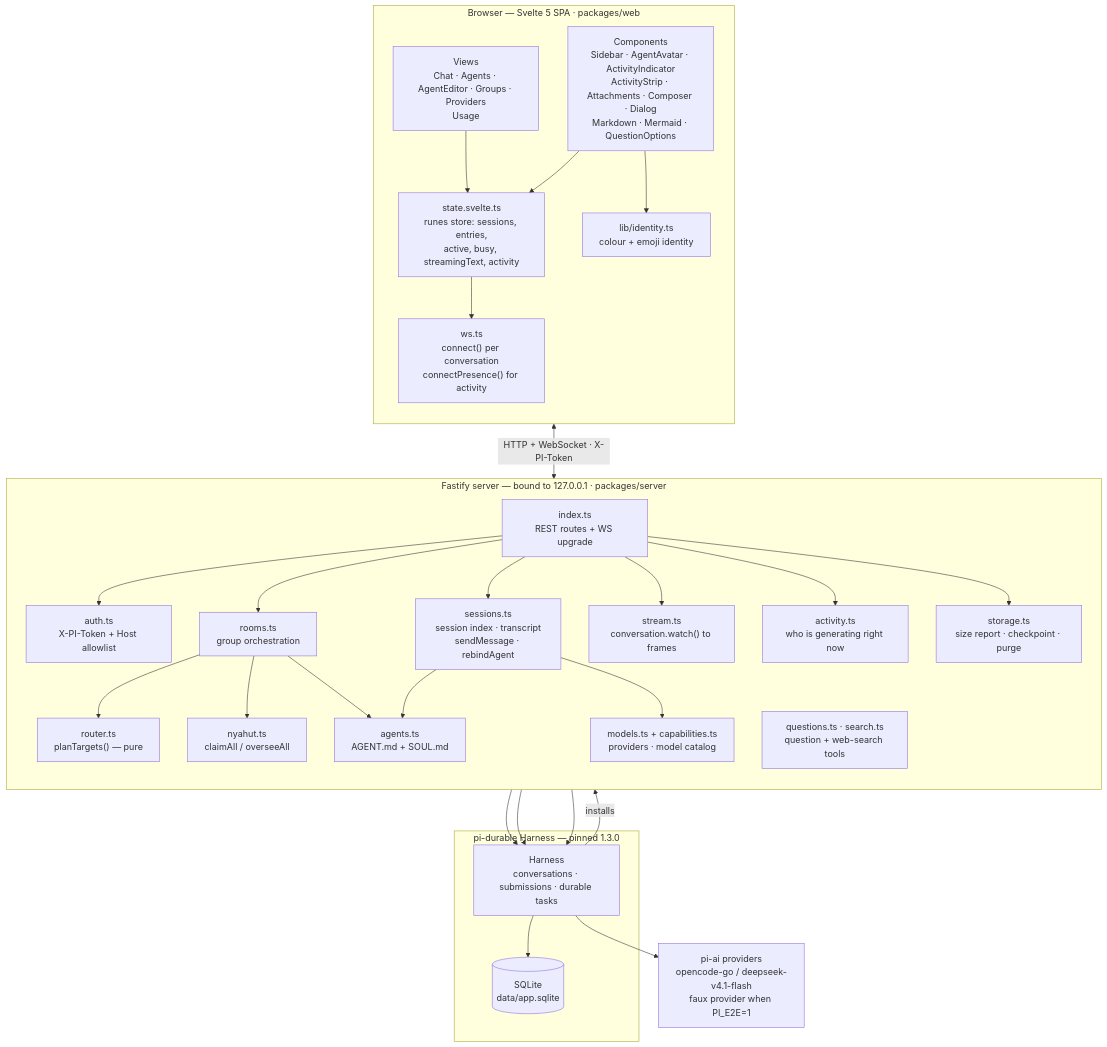
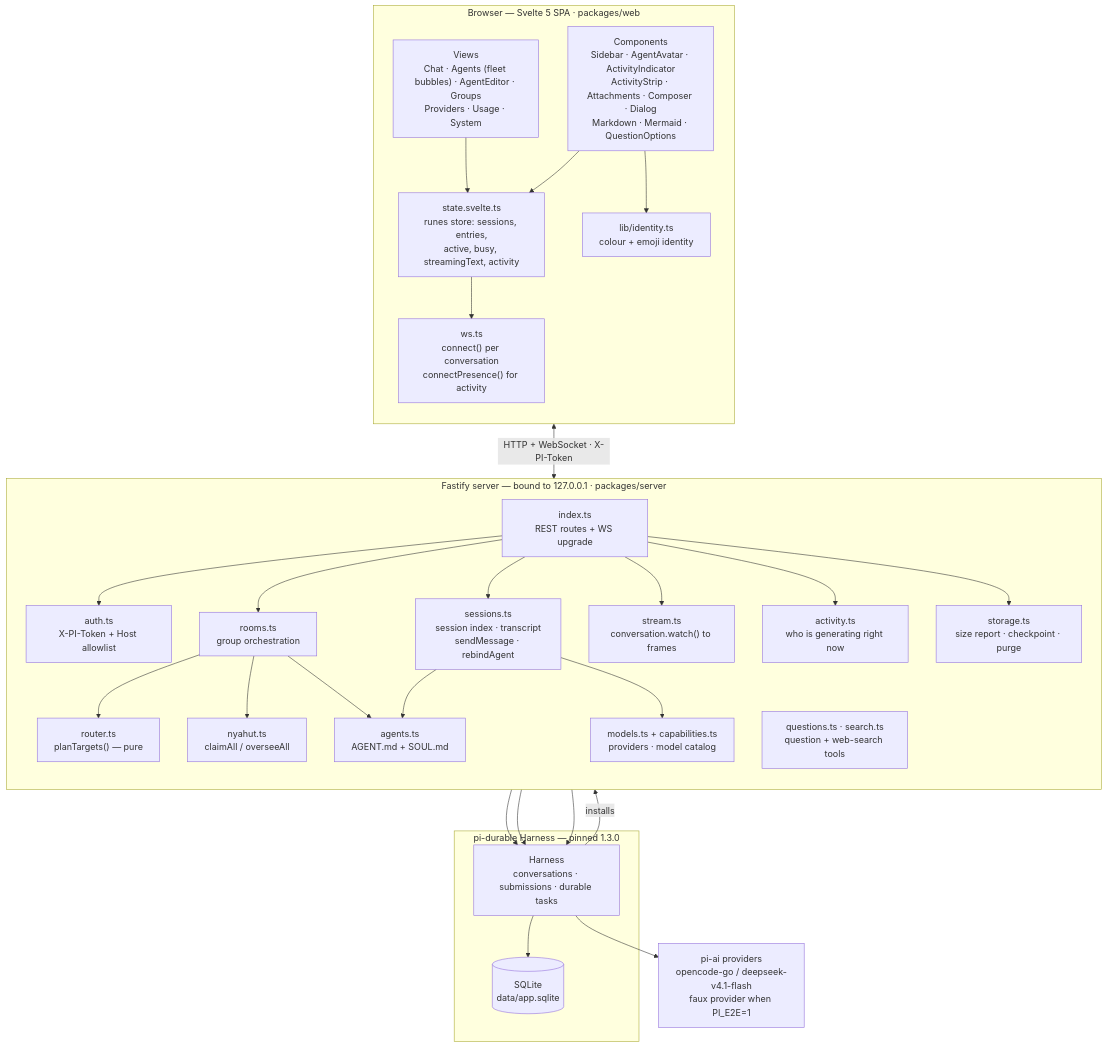
The first of 6 diagrams in README.md (mariobgsp/durable-agents), drawn with Mermaid before and after one commit. The commit also changed other lines of this file and 39 other files, not shown here.

````diff
--- a/README.md
+++ b/README.md
@@ -81,58 +86,58 @@
 ```mermaid
 flowchart TB
   subgraph browser["Browser — Svelte 5 SPA · packages/web"]
     direction TB
-    views["Views<br/>Chat · Agents · AgentEditor · Groups · Providers<br/>Usage"]
+    views["Views<br/>Chat · Agents (fleet bubbles) · AgentEditor · Groups<br/>Providers · Usage · System"]
     comps["Components<br/>Sidebar · AgentAvatar · ActivityIndicator<br/>ActivityStrip · Attachments · Composer · Dialog<br/>Markdown · Mermaid · QuestionOptions"]
     store["state.svelte.ts<br/>runes store: sessions, entries,<br/>active, busy, streamingText, activity"]
     ident["lib/identity.ts<br/>colour + emoji identity"]
     wsc["ws.ts<br/>connect() per conversation<br/>connectPresence() for activity"]
     views --> store
     comps --> store
     comps --> ident
     store --> wsc
   end
 
   subgraph server["Fastify server — bound to 127.0.0.1 · packages/server"]
     direction TB
     auth["auth.ts<br/>X-PI-Token + Host allowlist"]
     api["index.ts<br/>REST routes + WS upgrade"]
     sess["sessions.ts<br/>session index · transcript<br/>sendMessage · rebindAgent"]
     rooms["rooms.ts<br/>group orchestration"]
     router["router.ts<br/>planTargets() — pure"]
     nyahut["nyahut.ts<br/>claimAll / overseeAll"]
     activity["activity.ts<br/>who is generating right now"]
     stream["stream.ts<br/>conversation.watch() to frames"]
     agents["agents.ts<br/>AGENT.md + SOUL.md"]
     models["models.ts + capabilities.ts<br/>providers · model catalog"]
     storage["storage.ts<br/>size report · checkpoint · purge"]
     tools["questions.ts · search.ts<br/>question + web-search tools"]
     api --> auth
     api --> sess
     api --> rooms
     api --> stream
     api --> activity
     api --> storage
     rooms --> router
     rooms --> nyahut
     rooms --> agents
     sess --> agents
     sess --> models
   end
 
   subgraph durable["pi-durable Harness — pinned 1.3.0"]
     harness["Harness<br/>conversations · submissions · durable tasks"]
     db[("SQLite<br/>data/app.sqlite")]
     harness --> db
   end
 
   harness -->|installs| tools
 
   llm["pi-ai providers<br/>opencode-go / deepseek-v4.1-flash<br/>faux provider when PI_E2E=1"]
 
   wsc <-->|"HTTP + WebSocket · X-PI-Token"| api
   sess --> harness
   rooms --> harness
   stream --> harness
   harness --> llm
 ```
````
